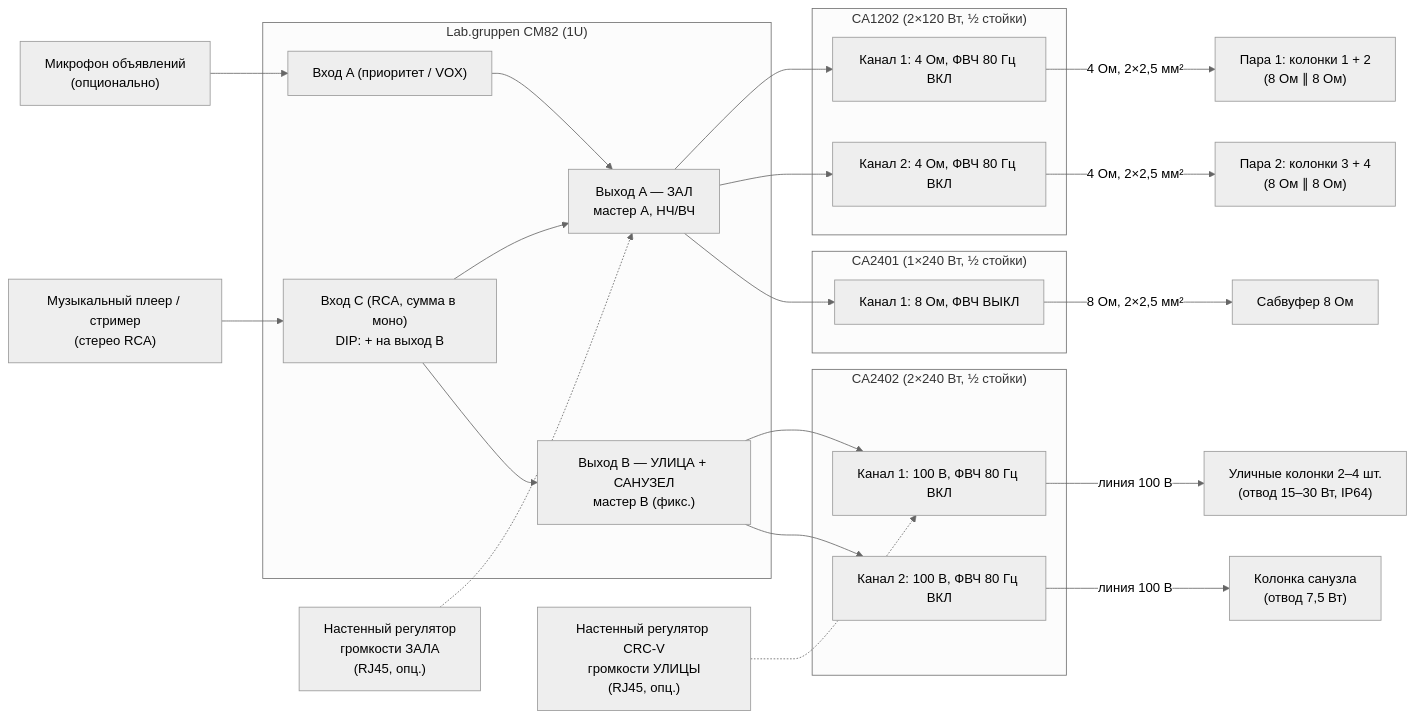
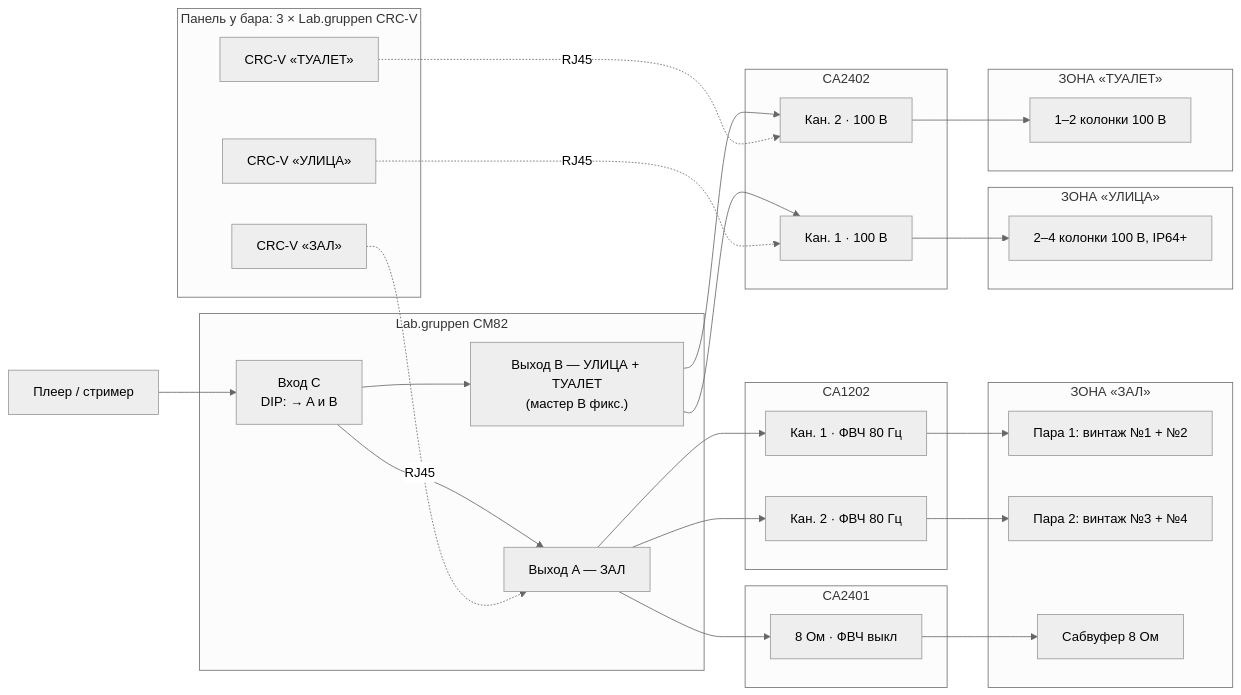
The diagram in sound/README.md (olegoviccc/teplica), drawn with Mermaid (neutral theme) before and after one commit. The commit also changed other lines of this file and 6 other files, not shown here.

````diff
--- a/sound/README.md
+++ b/sound/README.md
@@ -48,48 +57,59 @@
 ```mermaid
 flowchart LR
-    PL["Музыкальный плеер / стример<br/>(стерео RCA)"]
-    MIC["Микрофон объявлений<br/>(опционально)"]
-    RCA["Настенный регулятор<br/>громкости ЗАЛА<br/>(RJ45, опц.)"]
-    RCS["Настенный регулятор CRC-V<br/>громкости УЛИЦЫ<br/>(RJ45, опц.)"]
+    PL["Плеер / стример"]
 
-    subgraph CM82["Lab.gruppen CM82 (1U)"]
-        INC["Вход C (RCA, сумма в моно)<br/>DIP: + на выход B"]
-        INA["Вход A (приоритет / VOX)"]
-        OA["Выход A — ЗАЛ<br/>мастер A, НЧ/ВЧ"]
-        OB["Выход B — УЛИЦА + САНУЗЕЛ<br/>мастер B (фикс.)"]
+    subgraph CM82["Lab.gruppen CM82"]
+        INC["Вход C<br/>DIP: → A и B"]
+        OA["Выход A — ЗАЛ"]
+        OB["Выход B — УЛИЦА + ТУАЛЕТ<br/>(мастер B фикс.)"]
         INC --> OA
         INC --> OB
-        INA --> OA
+    end
+    PL --> INC
+
+    subgraph CTRL["Панель у бара: 3 × Lab.gruppen CRC-V"]
+        RZ["CRC-V «ЗАЛ»"]
+        RS["CRC-V «УЛИЦА»"]
+        RT["CRC-V «ТУАЛЕТ»"]
     end
 
-    PL --> INC
-    MIC --> INA
-    RCA -.-> OA
-
-    subgraph AMP1["CA1202 (2×120 Вт, ½ стойки)"]
-        A1C1["Канал 1: 4 Ом, ФВЧ 80 Гц ВКЛ"]
-        A1C2["Канал 2: 4 Ом, ФВЧ 80 Гц ВКЛ"]
+    subgraph AMP1["CA1202"]
+        A1C1["Кан. 1 · ФВЧ 80 Гц"]
+        A1C2["Кан. 2 · ФВЧ 80 Гц"]
     end
-
-    subgraph AMP2["CA2401 (1×240 Вт, ½ стойки)"]
-        A2C1["Канал 1: 8 Ом, ФВЧ ВЫКЛ"]
+    subgraph AMP2["CA2401"]
+        A2C1["8 Ом · ФВЧ выкл"]
     end
-
-    subgraph AMP3["CA2402 (2×240 Вт, ½ стойки)"]
-        A3C1["Канал 1: 100 В, ФВЧ 80 Гц ВКЛ"]
-        A3C2["Канал 2: 100 В, ФВЧ 80 Гц ВКЛ"]
+    subgraph AMP3["CA2402"]
+        A3C1["Кан. 1 · 100 В"]
+        A3C2["Кан. 2 · 100 В"]
     end
 
     OA --> A1C1
     OA --> A1C2
     OA --> A2C1
     OB --> A3C1
     OB --> A3C2
-    RCS -.-> A3C1
 
-    A1C1 -- "4 Ом, 2×2,5 мм²" --> P1["Пара 1: колонки 1 + 2<br/>(8 Ом ∥ 8 Ом)"]
-    A1C2 -- "4 Ом, 2×2,5 мм²" --> P2["Пара 2: колонки 3 + 4<br/>(8 Ом ∥ 8 Ом)"]
-    A2C1 -- "8 Ом, 2×2,5 мм²" --> SUB["Сабвуфер 8 Ом"]
-    A3C1 -- "линия 100 В" --> ST["Уличные колонки 2–4 шт.<br/>(отвод 15–30 Вт, IP64)"]
-    A3C2 -- "линия 100 В" --> WC["Колонка санузла<br/>(отвод 7,5 Вт)"]
+    RZ -. "RJ45" .-> OA
+    RS -. "RJ45" .-> A3C1
+    RT -. "RJ45" .-> A3C2
+
+    subgraph ZH["ЗОНА «ЗАЛ»"]
+        P1["Пара 1: винтаж №1 + №2"]
+        P2["Пара 2: винтаж №3 + №4"]
+        SUB["Сабвуфер 8 Ом"]
+    end
+    subgraph ZS["ЗОНА «УЛИЦА»"]
+        ST["2–4 колонки 100 В, IP64+"]
+    end
+    subgraph ZT["ЗОНА «ТУАЛЕТ»"]
+        WC["1–2 колонки 100 В"]
+    end
+
+    A1C1 --> P1
+    A1C2 --> P2
+    A2C1 --> SUB
+    A3C1 --> ST
+    A3C2 --> WC
 ```
````
